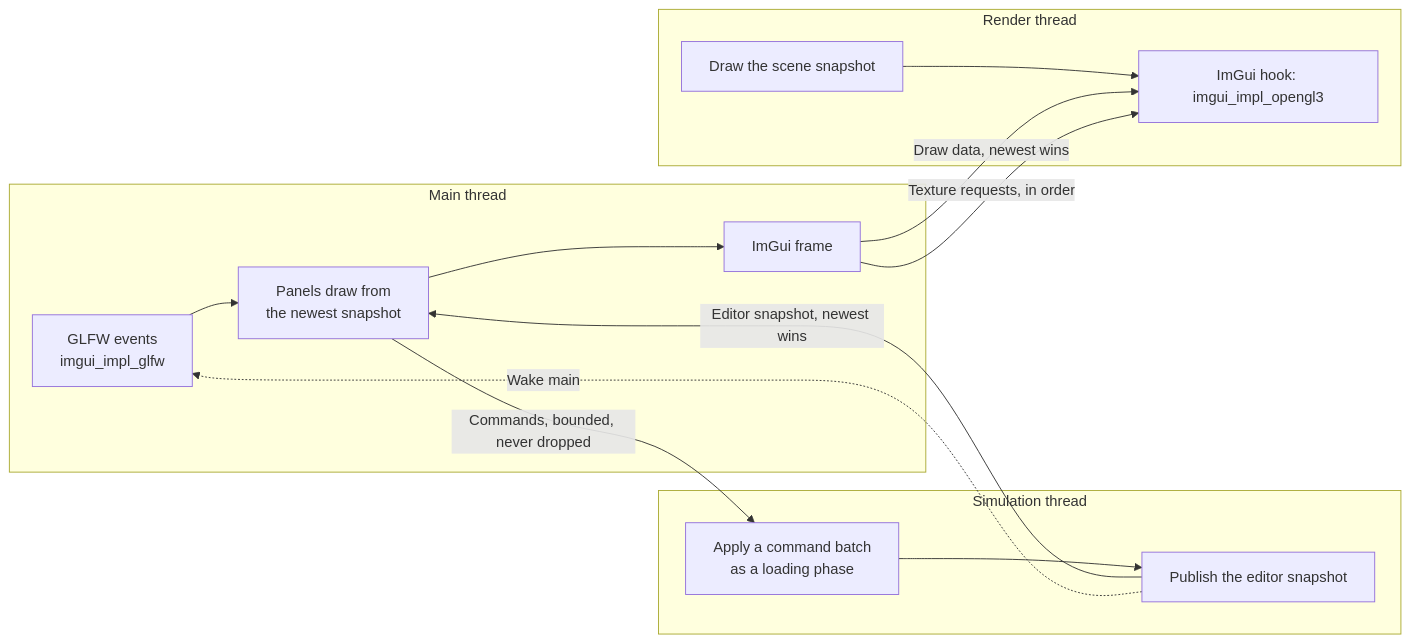
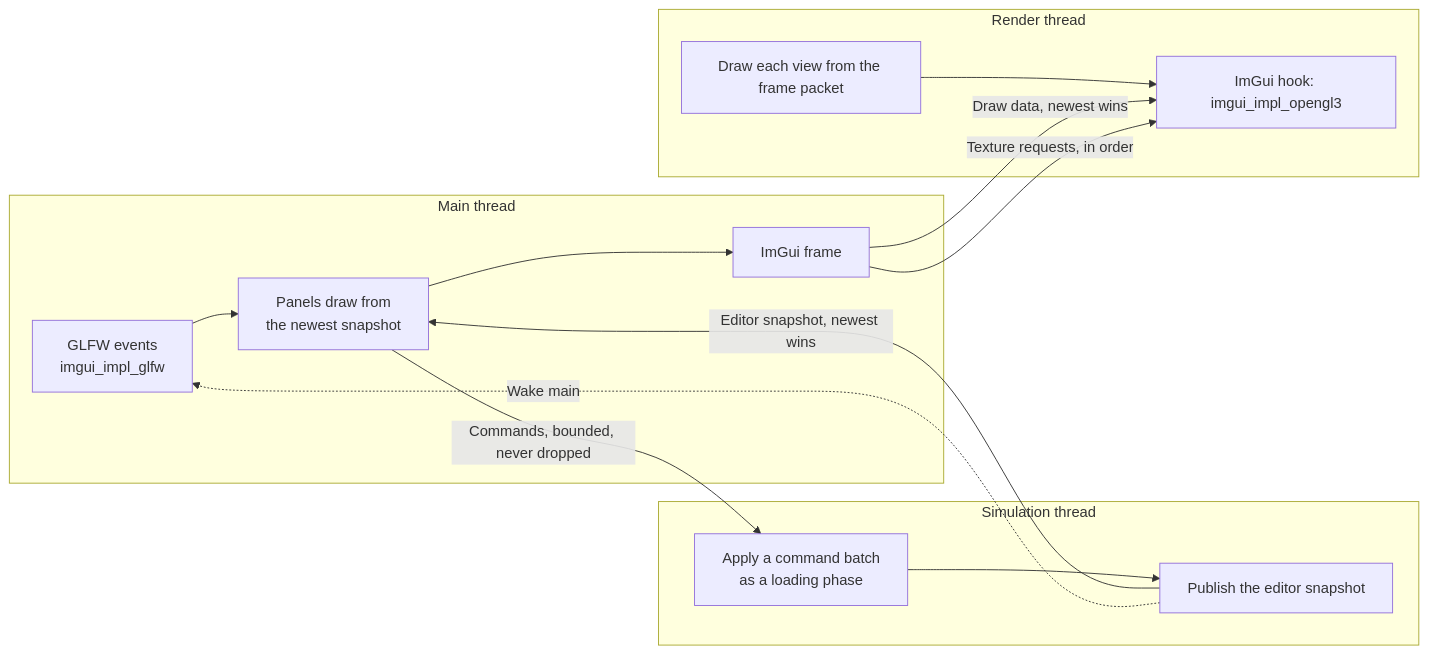
The diagram in 04 Design Docs/Systems/Editor - Design.md (techattackteam/TechEngine-vault), drawn with Mermaid before and after one commit. The commit also changed other lines of this file and 11 other files, not shown here.

````diff
--- a/04 Design Docs/Systems/Editor - Design.md
+++ b/04 Design Docs/Systems/Editor - Design.md
@@ -101,24 +101,24 @@
 ```mermaid
 flowchart LR
     subgraph Main["Main thread"]
         E["GLFW events<br/>imgui_impl_glfw"]
         P["Panels draw from<br/>the newest snapshot"]
         F["ImGui frame"]
         E --> P --> F
     end
     subgraph Sim["Simulation thread"]
         A["Apply a command batch<br/>as a loading phase"]
         V["Publish the editor snapshot"]
         A --> V
     end
     subgraph Render["Render thread"]
-        S["Draw the scene snapshot"]
+        S["Draw each view from the frame packet"]
         O["ImGui hook: imgui_impl_opengl3"]
         S --> O
     end
     P -->|"Commands, bounded, never dropped"| A
     V -->|"Editor snapshot, newest wins"| P
     V -.->|"Wake main"| E
     F -->|"Draw data, newest wins"| O
     F -->|"Texture requests, in order"| O
 ```
````
